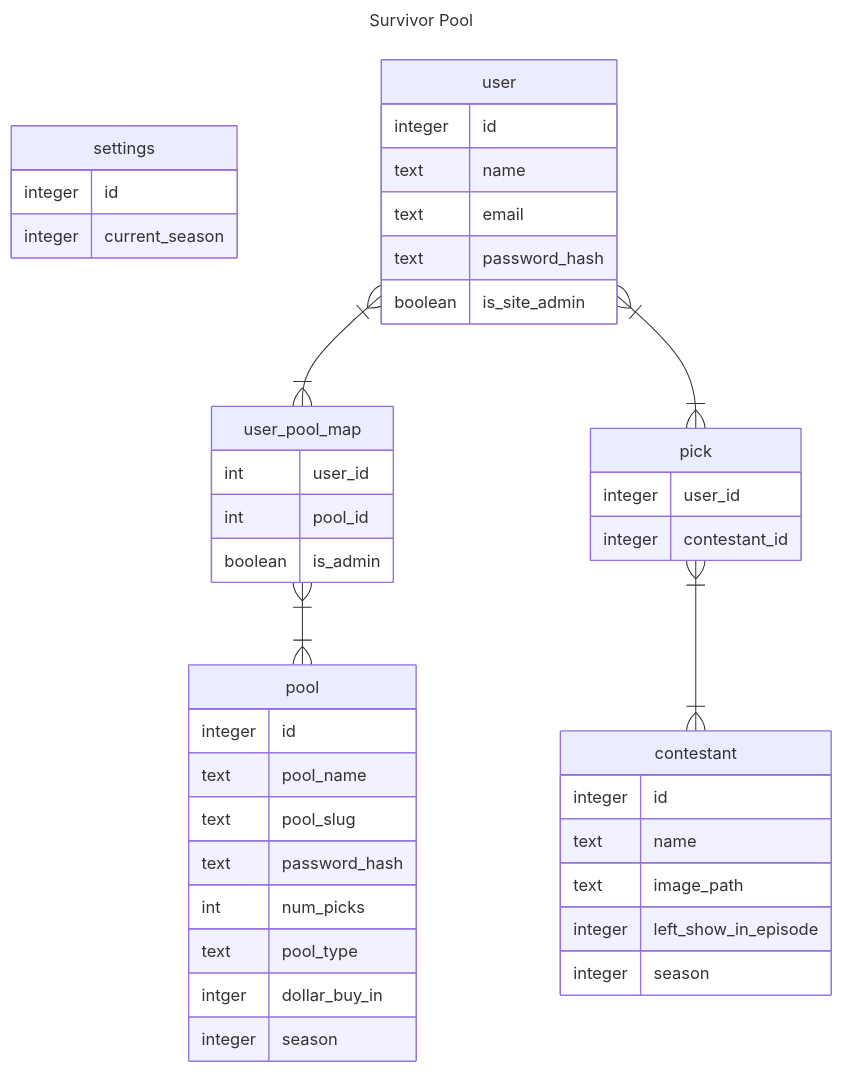
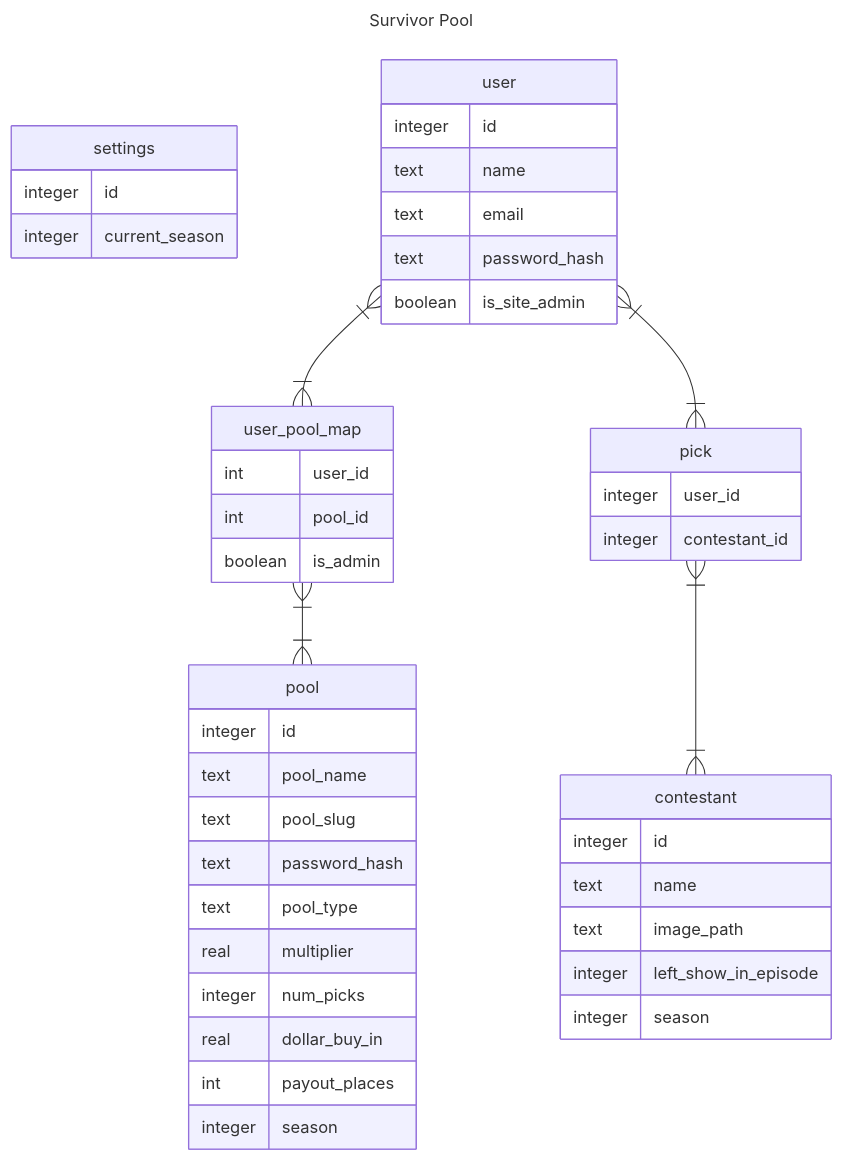
One commit to peterchinman/survivor_pool changed the diagram in README.md. Above: the diagram before and after it, drawn with Mermaid. The commit also changed 12 other files, not shown here.

````diff
--- a/README.md
+++ b/README.md
@@ -7,53 +7,57 @@
 ```mermaid
 ---
 title: Survivor Pool
 ---
 
 erDiagram
     settings{
         integer id
         integer current_season
     }
    pool{
     integer id
     text pool_name
     text pool_slug
     text password_hash
 
-    int num_picks
     text pool_type
-    intger dollar_buy_in
+    real multiplier
+    integer num_picks
+    real dollar_buy_in
+    int payout_places
+    
+
     integer season
    }
    user }|--|{ user_pool_map : ""
    user_pool_map }|--|{ pool : ""
 
    user_pool_map {
     int user_id
     int pool_id
     boolean is_admin
    }
    
    user{
     integer id
     text name
     text email
     text password_hash
     boolean is_site_admin
    }
 
    user }|--|{ pick : ""
    pick{
     integer user_id
     integer contestant_id
    }
     contestant{
         integer id
         text name
         text image_path
         integer left_show_in_episode
         integer season
     }
 %% contestants }|--|{ pick : ""
 pick }|--|{ contestant : ""  
 ```
````
